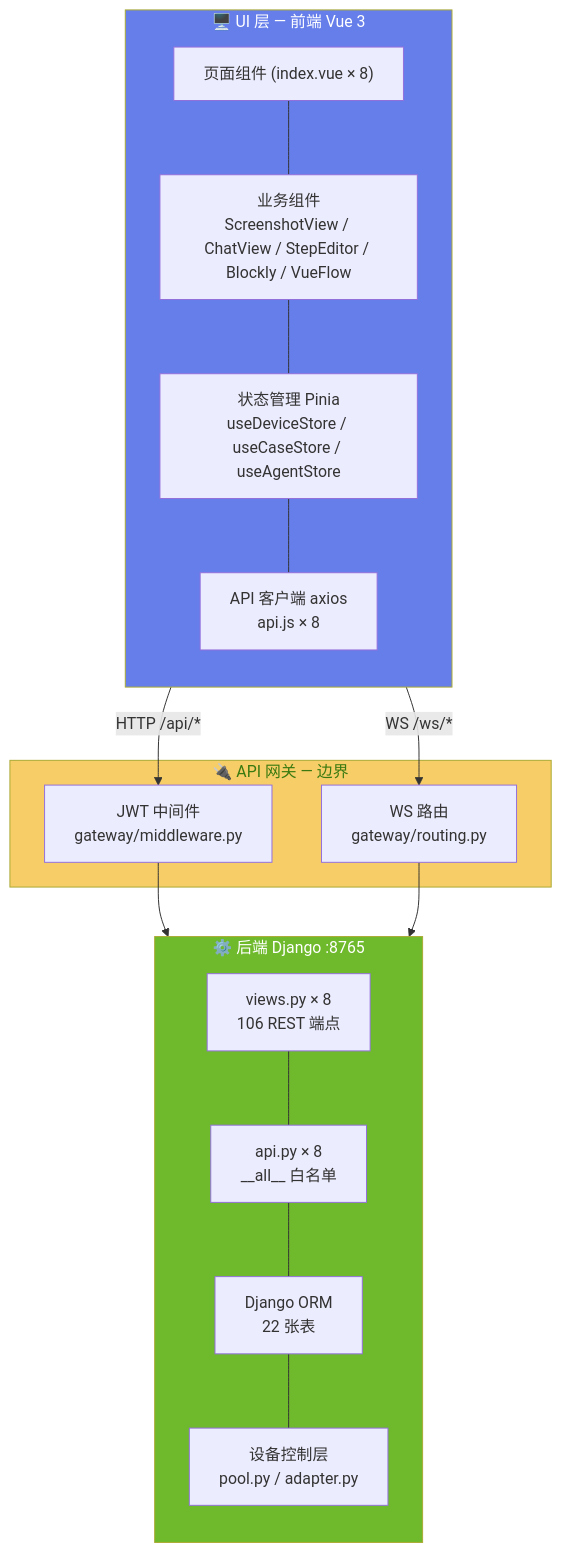
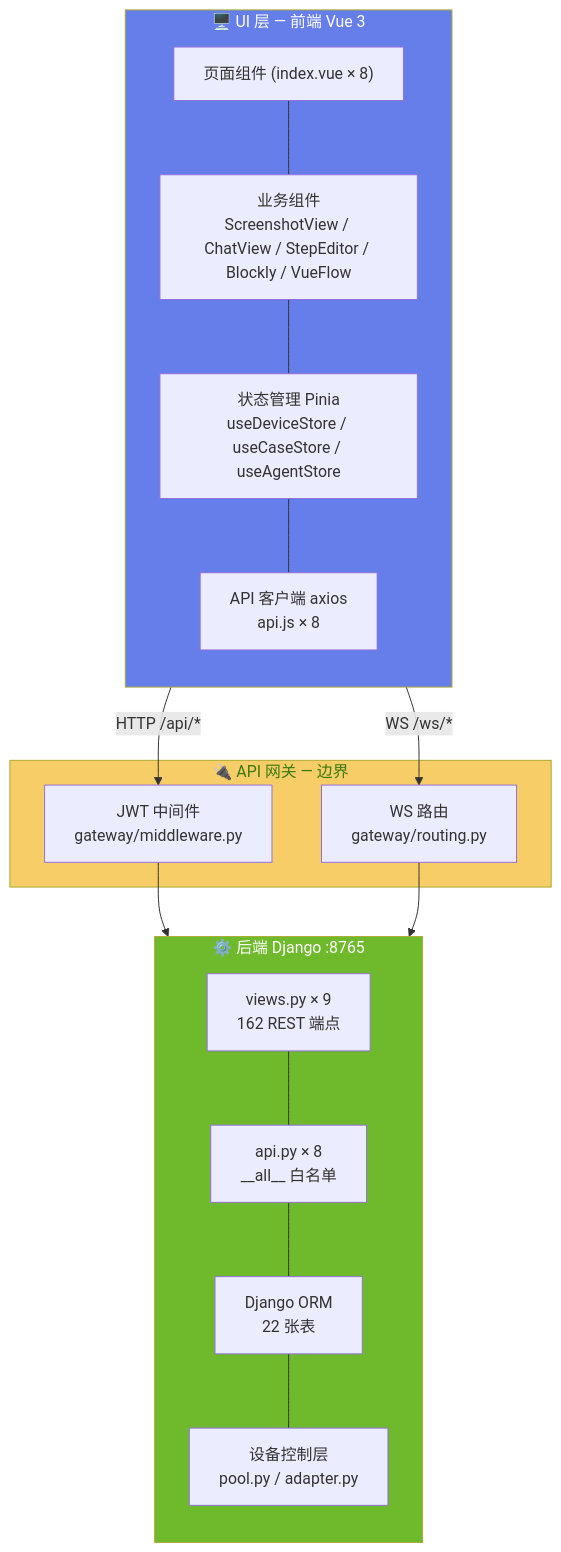
The third of 6 diagrams in dev_docs/03-设计与架构/架构大纲.md (Kahoku-lazy/Android-AutoTests), drawn with Mermaid before and after one commit. The commit also changed other lines of this file and 6 other files, not shown here.

````diff
--- a/dev_docs/03-设计与架构/架构大纲.md
+++ b/dev_docs/03-设计与架构/架构大纲.md
@@ -187,34 +187,34 @@
 ```mermaid
 flowchart TB
     subgraph UI["🖥️ UI 层 — 前端 Vue 3"]
         direction TB
         Pages["页面组件 (index.vue × 8)"]
         Components["业务组件<br/>ScreenshotView / ChatView / StepEditor / Blockly / VueFlow"]
         Store["状态管理 Pinia<br/>useDeviceStore / useCaseStore / useAgentStore"]
         APIClient["API 客户端 axios<br/>api.js × 8"]
         Pages --- Components --- Store --- APIClient
     end
 
     subgraph API_GW["🔌 API 网关 — 边界"]
         JWT_MW["JWT 中间件<br/>gateway/middleware.py"]
         WS_Route["WS 路由<br/>gateway/routing.py"]
     end
 
     subgraph Backend["⚙️ 后端 Django :8765"]
         direction TB
-        Views["views.py × 8<br/>106 REST 端点"]
+        Views["views.py × 9<br/>162 REST 端点"]
         API_Layer["api.py × 8<br/>__all__ 白名单"]
         ORM["Django ORM<br/>22 张表"]
         Device["设备控制层<br/>pool.py / adapter.py"]
         Views --- API_Layer --- ORM --- Device
     end
 
     UI -->|"HTTP /api/*"| JWT_MW
     UI -->|"WS /ws/*"| WS_Route
     JWT_MW --> Views
     WS_Route --> Views
 
     style UI fill:#667eea,color:#fff
     style API_GW fill:#f7cd67,color:#3a7a10
     style Backend fill:#6fba2c,color:#fff
 ```
````
